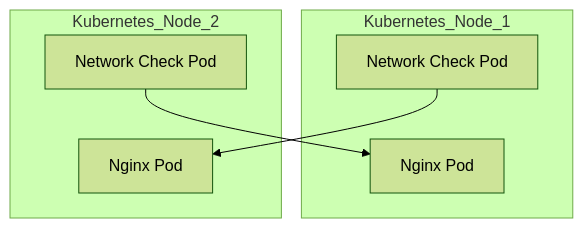
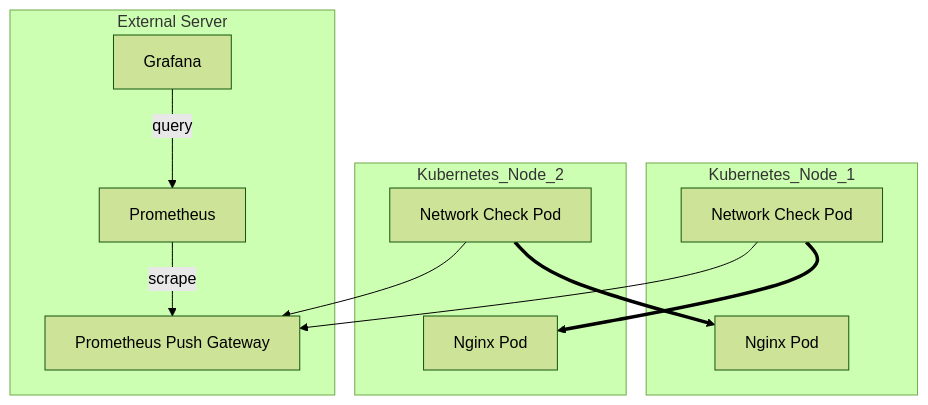
One commit to Apoorva64/network-check changed the diagram in README.md. Above: the diagram before and after it, drawn with Mermaid (forest theme).

````diff
--- a/README.md
+++ b/README.md
@@ -13,14 +13,30 @@
 ```mermaid
 graph TD;
+    subgraph External Server
+        G[Grafana]
+        P[Prometheus]
+        PG[Prometheus Push Gateway]
+    end
     subgraph Kubernetes_Node_1
         NC1[Network Check Pod] 
         NGINX1[Nginx Pod]
     end
 
     subgraph Kubernetes_Node_2
         NC2[Network Check Pod] 
         NGINX3[Nginx Pod]
     end
-    NC1 --> NGINX3
-    NC2 --> NGINX1
+
+    NC1 ==> NGINX3
+    NC2 ==> NGINX1
+
+
+
+    P --> |scrape| PG
+    G -->|query| P 
+
+    NC1 --> PG
+
+    NC2 --> PG
+
 ```
````
